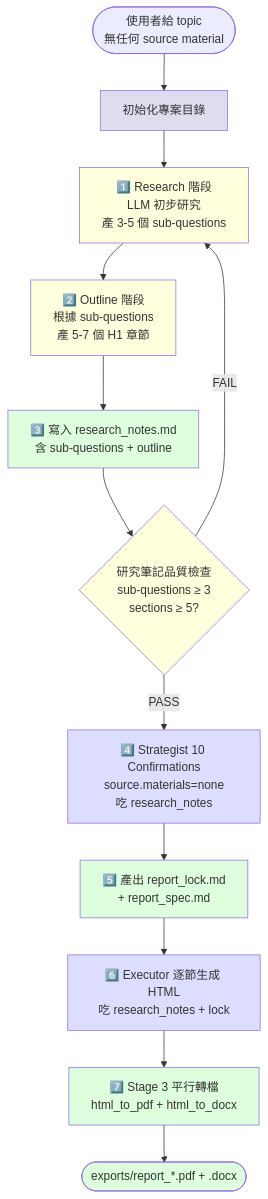
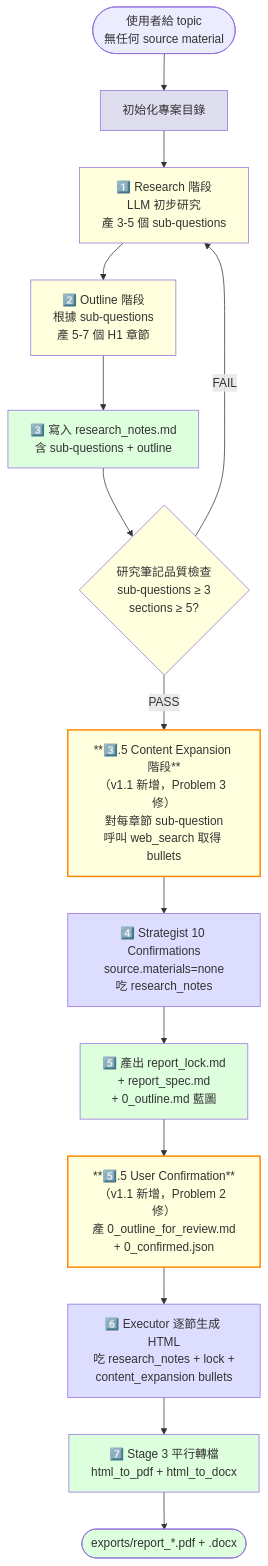
The diagram in workflows/topic-research.md (HTTP404Not-Found/Report-master), drawn with Mermaid before and after one commit. The commit also changed other lines of this file and 8 other files, not shown here.

````diff
--- a/workflows/topic-research.md
+++ b/workflows/topic-research.md
@@ -74,36 +75,42 @@
 ```mermaid
 flowchart TD
     Start([使用者給 topic<br/>無任何 source material]) --> Init[初始化專案目錄]
 
     Init --> P1
 
     P1[1️⃣ Research 階段<br/>LLM 初步研究<br/>產 3-5 個 sub-questions] --> P2
 
     P2[2️⃣ Outline 階段<br/>根據 sub-questions<br/>產 5-7 個 H1 章節] --> P3
 
     P3[3️⃣ 寫入 research_notes.md<br/>含 sub-questions + outline] --> Gate
 
-    Gate{研究筆記品質檢查<br/>sub-questions ≥ 3<br/>sections ≥ 5?} -->|PASS| P4
+    Gate{研究筆記品質檢查<br/>sub-questions ≥ 3<br/>sections ≥ 5?} -->|PASS| P3b
     Gate -->|FAIL| P1
+
+    P3b[**3️⃣.5 Content Expansion 階段**<br/>（v1.1 新增，Problem 3 修）<br/>對每章節 sub-question<br/>呼叫 web_search 取得 bullets] --> P4
 
     P4[4️⃣ Strategist 10 Confirmations<br/>source.materials=none<br/>吃 research_notes] --> P5
 
-    P5[5️⃣ 產出 report_lock.md<br/>+ report_spec.md] --> P6
+    P5[5️⃣ 產出 report_lock.md<br/>+ report_spec.md<br/>+ 0_outline.md 藍圖] --> P5b
 
-    P6[6️⃣ Executor 逐節生成 HTML<br/>吃 research_notes + lock] --> P7
+    P5b[**5️⃣.5 User Confirmation**<br/>（v1.1 新增，Problem 2 修）<br/>產 0_outline_for_review.md<br/>+ 0_confirmed.json] --> P6
+
+    P6[6️⃣ Executor 逐節生成 HTML<br/>吃 research_notes + lock +<br/>content_expansion bullets] --> P7
 
     P7[7️⃣ Stage 3 平行轉檔<br/>html_to_pdf + html_to_docx] --> Done
 
     Done([exports/report_*.pdf + .docx])
 
     style Init fill:#dde
     style P1 fill:#ffd
     style P2 fill:#ffd
     style P3 fill:#dfd
+    style P3b fill:#ffd,stroke:#f80,stroke-width:2px
     style P4 fill:#ddf
     style P5 fill:#dfd
+    style P5b fill:#ffd,stroke:#f80,stroke-width:2px
     style P6 fill:#ddf
     style P7 fill:#dfd
     style Done fill:#dfd
     style Gate fill:#ffd
 ```
````
